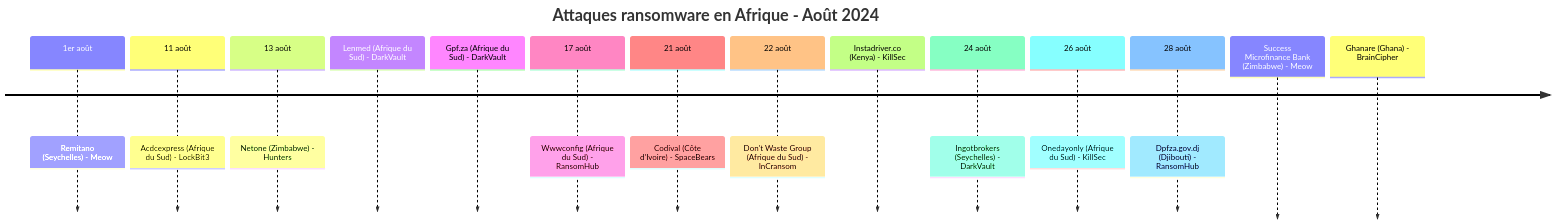
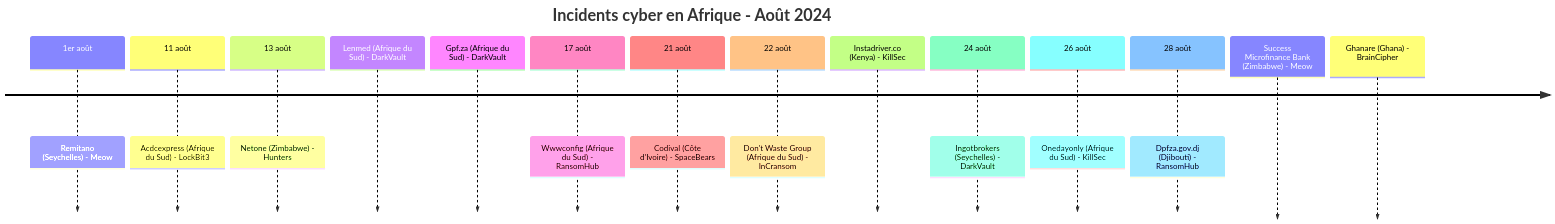
Before and after one commit to Hatchepsoute/AFRINTEL: the first of 5 diagrams in CyberAttackAfrica/2024/08-august/README_FR.md, drawn with Mermaid. The commit also changed other lines of this file and 255 other files, not shown here.

````diff
--- a/CyberAttackAfrica/2024/08-august/README_FR.md
+++ b/CyberAttackAfrica/2024/08-august/README_FR.md
@@ -45,18 +46,18 @@
 ```mermaid
 timeline
-    title Attaques ransomware en Afrique - Août 2024
+    title Incidents cyber en Afrique - Août 2024
     1er août : Remitano (Seychelles) - Meow
     11 août : Acdcexpress (Afrique du Sud) - LockBit3
     13 août : Netone (Zimbabwe) - Hunters
               Lenmed (Afrique du Sud) - DarkVault
               Gpf.za (Afrique du Sud) - DarkVault
     17 août : Wwwconfig (Afrique du Sud) - RansomHub
     21 août : Codival (Côte d'Ivoire) - SpaceBears
     22 août : Don't Waste Group (Afrique du Sud) - InCransom
               Instadriver.co (Kenya) - KillSec
     24 août : Ingotbrokers (Seychelles) - DarkVault
     26 août : Onedayonly (Afrique du Sud) - KillSec
     28 août : Dpfza.gov.dj (Djibouti) - RansomHub
               Success Microfinance Bank (Zimbabwe) - Meow
               Ghanare (Ghana) - BrainCipher
 ```
````
